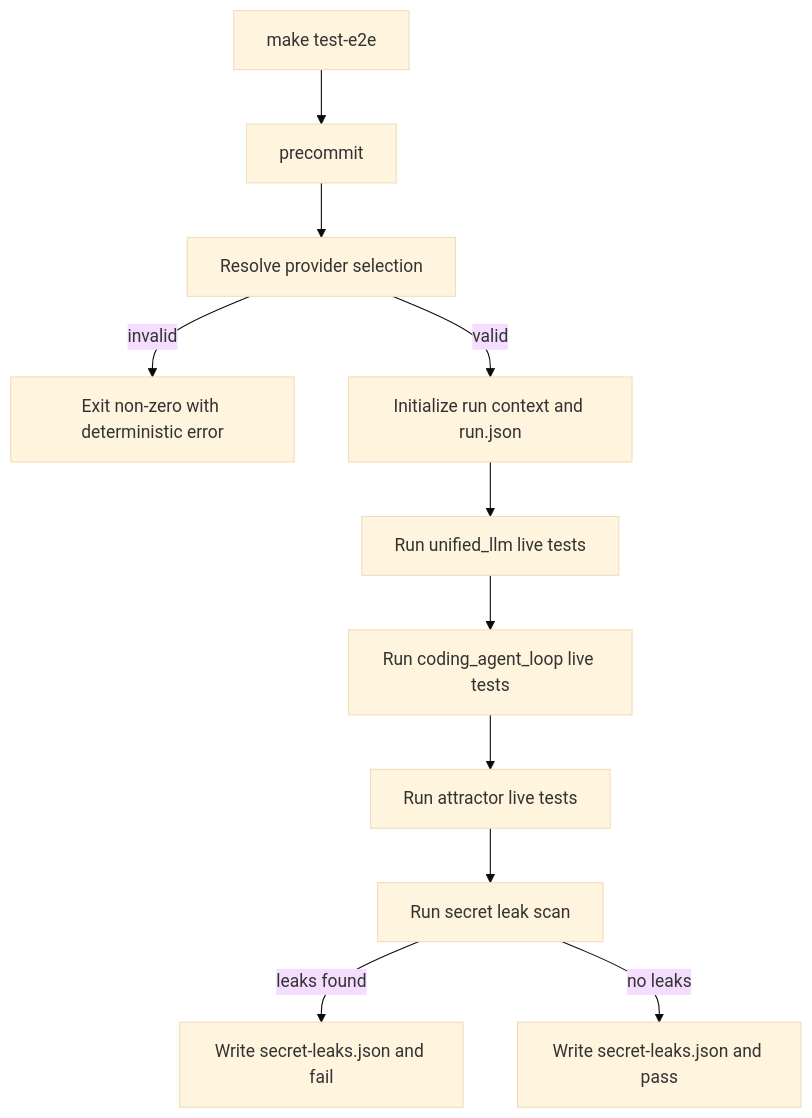
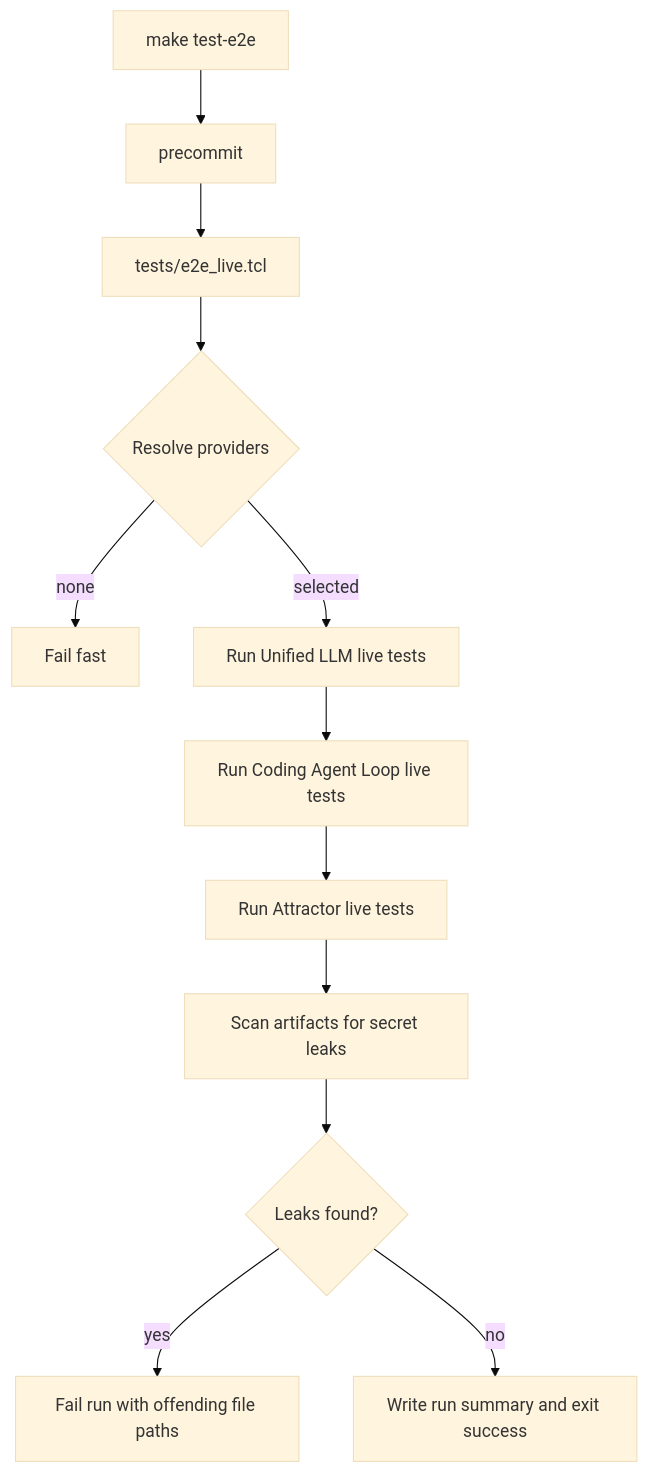
The third of 5 diagrams in docs/sprints/SPRINT-004-comprehensive-implementation-plan.md (jaytaylor/attractor-tcl), drawn with Mermaid (base theme) before and after one commit. The commit also changed other lines of this file, not shown here.

````diff
--- a/docs/sprints/SPRINT-004-comprehensive-implementation-plan.md
+++ b/docs/sprints/SPRINT-004-comprehensive-implementation-plan.md
@@ -1822,13 +1995,14 @@
 ```mermaid
 flowchart TD
-  START[make test-e2e] --> PRECOMMIT[precommit]
-  PRECOMMIT --> PREFLIGHT[Resolve provider selection]
-  PREFLIGHT -->|invalid| FAILFAST[Exit non-zero with deterministic error]
-  PREFLIGHT -->|valid| INIT[Initialize run context and run.json]
-  INIT --> ULLM[Run unified_llm live tests]
-  ULLM --> CAL[Run coding_agent_loop live tests]
-  CAL --> ATR[Run attractor live tests]
-  ATR --> SCAN[Run secret leak scan]
-  SCAN -->|leaks found| FAILLEAK[Write secret-leaks.json and fail]
-  SCAN -->|no leaks| PASS[Write secret-leaks.json and pass]
+  A[make test-e2e] --> B[precommit]
+  B --> C[tests/e2e_live.tcl]
+  C --> D{Resolve providers}
+  D -->|none| E[Fail fast]
+  D -->|selected| F[Run Unified LLM live tests]
+  F --> G[Run Coding Agent Loop live tests]
+  G --> H[Run Attractor live tests]
+  H --> I[Scan artifacts for secret leaks]
+  I --> J{Leaks found?}
+  J -->|yes| K[Fail run with offending file paths]
+  J -->|no| L[Write run summary and exit success]
 ```
````
